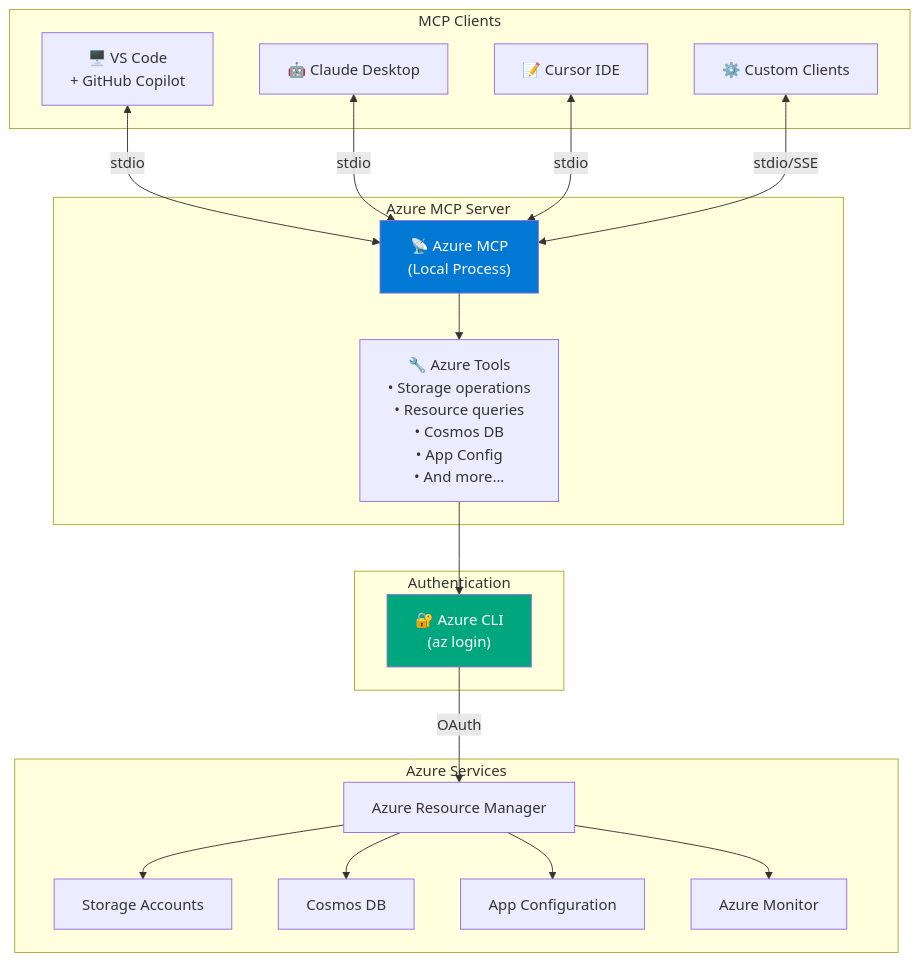
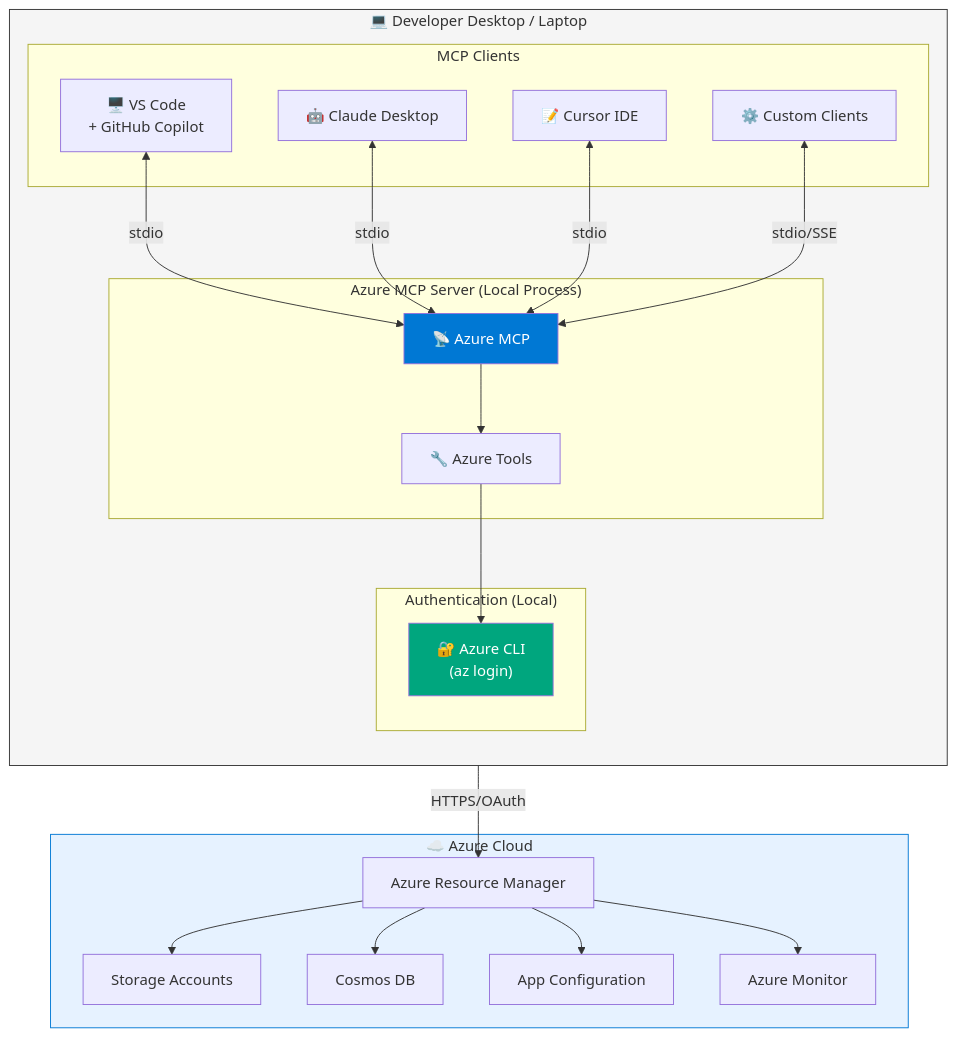
Before and after one commit to srinman/platform-engineering: the second of 12 diagrams in platform-agentic-ai-enhanced.md, drawn with Mermaid. The commit also changed other lines of this file, not shown here.

````diff
--- a/platform-agentic-ai-enhanced.md
+++ b/platform-agentic-ai-enhanced.md
@@ -91,41 +92,46 @@
 ```mermaid
 flowchart TB
-    subgraph "MCP Clients"
-        VSCODE["🖥️ VS Code<br/>+ GitHub Copilot"]
-        CLAUDE["🤖 Claude Desktop"]
-        CURSOR["📝 Cursor IDE"]
-        CUSTOM["⚙️ Custom Clients"]
+    subgraph DESKTOP["💻 Developer Desktop / Laptop"]
+        direction TB
+        subgraph "MCP Clients"
+            VSCODE["🖥️ VS Code<br/>+ GitHub Copilot"]
+            CLAUDE["🤖 Claude Desktop"]
+            CURSOR["📝 Cursor IDE"]
+            CUSTOM["⚙️ Custom Clients"]
+        end
+        
+        subgraph "Azure MCP Server (Local Process)"
+            MCP["📡 Azure MCP"]
+            TOOLS["🔧 Azure Tools"]
+        end
+        
+        subgraph "Authentication (Local)"
+            AUTH["🔐 Azure CLI<br/>(az login)"]
+        end
     end
     
-    subgraph "Azure MCP Server"
-        MCP["📡 Azure MCP<br/>(Local Process)"]
-        TOOLS["🔧 Azure Tools<br/>• Storage operations<br/>• Resource queries<br/>• Cosmos DB<br/>• App Config<br/>• And more..."]
-    end
-    
-    subgraph "Authentication"
-        AUTH["🔐 Azure CLI<br/>(az login)"]
-    end
-    
-    subgraph "Azure Services"
+    subgraph CLOUD["☁️ Azure Cloud"]
         ARM["Azure Resource Manager"]
         STORAGE["Storage Accounts"]
         COSMOS["Cosmos DB"]
         APPCONFIG["App Configuration"]
         MONITOR["Azure Monitor"]
     end
     
     VSCODE <-->|"stdio"| MCP
     CLAUDE <-->|"stdio"| MCP
     CURSOR <-->|"stdio"| MCP
     CUSTOM <-->|"stdio/SSE"| MCP
     MCP --> TOOLS
     TOOLS --> AUTH
-    AUTH -->|"OAuth"| ARM
+    AUTH -->|"HTTPS/OAuth"| ARM
     ARM --> STORAGE
     ARM --> COSMOS
     ARM --> APPCONFIG
     ARM --> MONITOR
     
+    style DESKTOP fill:#f5f5f5,stroke:#333
+    style CLOUD fill:#e6f2ff,stroke:#0078D4
     style MCP fill:#0078D4,color:white
     style AUTH fill:#00A67E,color:white
 ```
````
